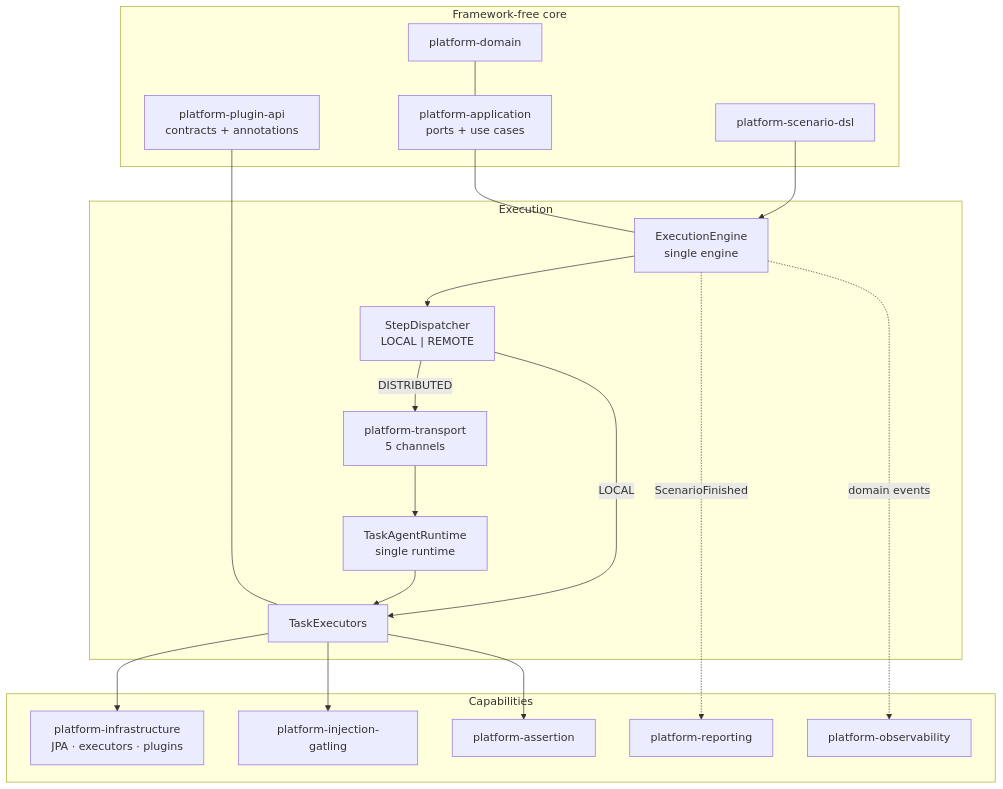
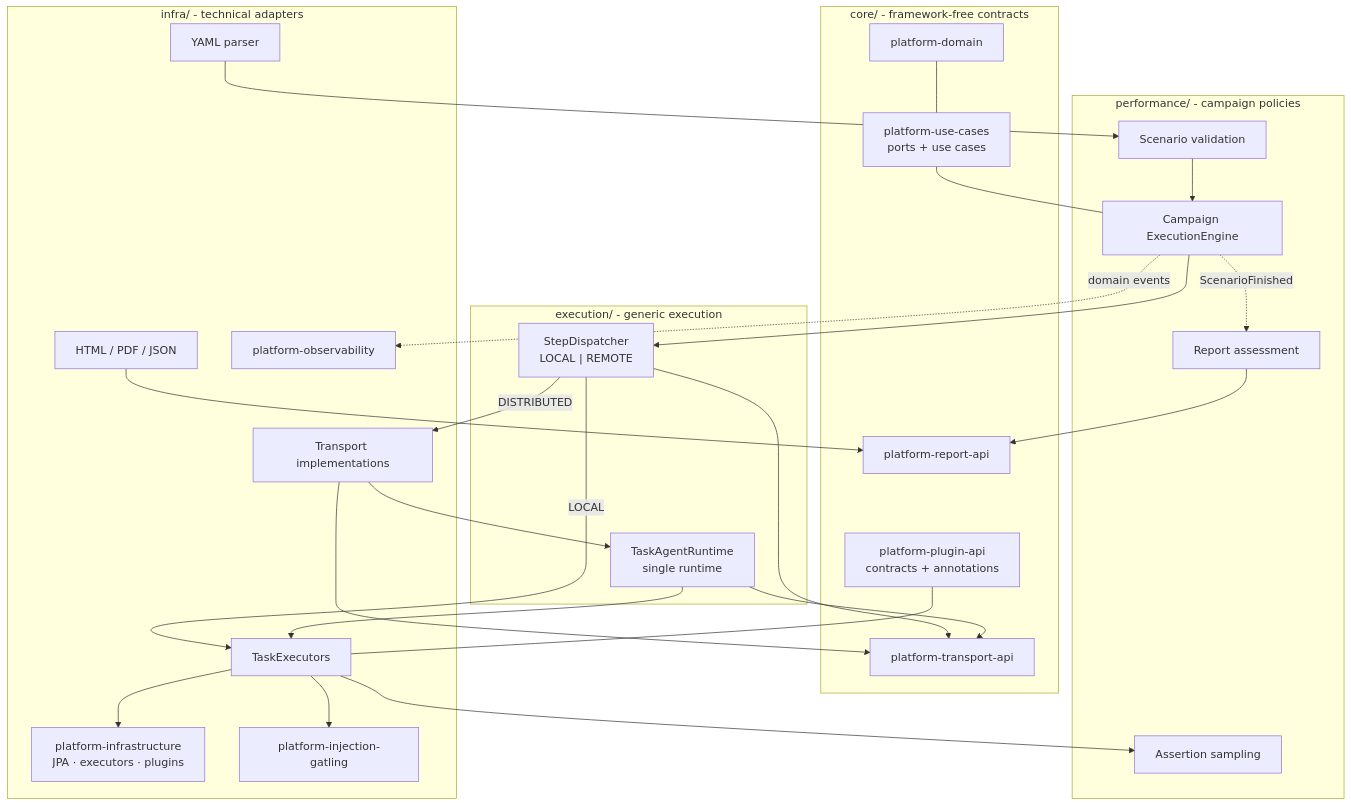
One commit to DIFRIN/performance-platform changed the diagram in README.md. Above: the diagram before and after it, drawn with Mermaid. The commit also changed other lines of this file and 1073 other files, not shown here.

````diff
--- a/README.md
+++ b/README.md
@@ -20,40 +20,53 @@
 ```mermaid
 flowchart TB
-    subgraph CORE["Framework-free core"]
+    subgraph CORE["core/ - framework-free contracts"]
         DOMAIN["platform-domain"]
-        APP_PORTS["platform-application<br/>ports + use cases"]
+        APP_PORTS["platform-use-cases<br/>ports + use cases"]
         PLUGIN_API["platform-plugin-api<br/>contracts + annotations"]
-        DSL["platform-scenario-dsl"]
+        TRANSPORT_API["platform-transport-api"]
+        REPORT_API["platform-report-api"]
     end
 
-    subgraph RUNTIME["Execution"]
-        ENGINE["ExecutionEngine<br/>single engine"]
+    subgraph RUNTIME["execution/ - generic execution"]
         DISPATCH["StepDispatcher<br/>LOCAL | REMOTE"]
         AGENT["TaskAgentRuntime<br/>single runtime"]
-        EXECUTORS["TaskExecutors"]
-        TRANSPORT["platform-transport<br/>5 channels"]
     end
 
-    subgraph SUPPORT["Capabilities"]
+    subgraph PERF["performance/ - campaign policies"]
+        DSL["Scenario validation"]
+        ENGINE["Campaign ExecutionEngine"]
+        ASSERTIONS["Assertion sampling"]
+        REPORTING["Report assessment"]
+    end
+
+    subgraph SUPPORT["infra/ - technical adapters"]
+        EXECUTORS["TaskExecutors"]
+        TRANSPORT["Transport implementations"]
         INFRA["platform-infrastructure<br/>JPA · executors · plugins"]
         GATLING["platform-injection-gatling"]
-        ASSERTIONS["platform-assertion"]
-        REPORTING["platform-reporting"]
+        YAML["YAML parser"]
+        RENDER["HTML / PDF / JSON"]
         OBS["platform-observability"]
     end
 
     DSL --> ENGINE
     ENGINE --> DISPATCH
     DISPATCH -->|LOCAL| EXECUTORS
     DISPATCH -->|DISTRIBUTED| TRANSPORT
     TRANSPORT --> AGENT
     AGENT --> EXECUTORS
     EXECUTORS --> GATLING
     EXECUTORS --> ASSERTIONS
     EXECUTORS --> INFRA
     ENGINE -.->|ScenarioFinished| REPORTING
     ENGINE -.->|domain events| OBS
     APP_PORTS --- ENGINE
     PLUGIN_API --- EXECUTORS
     DOMAIN --- APP_PORTS
+    DISPATCH --> TRANSPORT_API
+    AGENT --> TRANSPORT_API
+    TRANSPORT --> TRANSPORT_API
+    YAML --> DSL
+    RENDER --> REPORT_API
+    REPORTING --> REPORT_API
 ```
````
